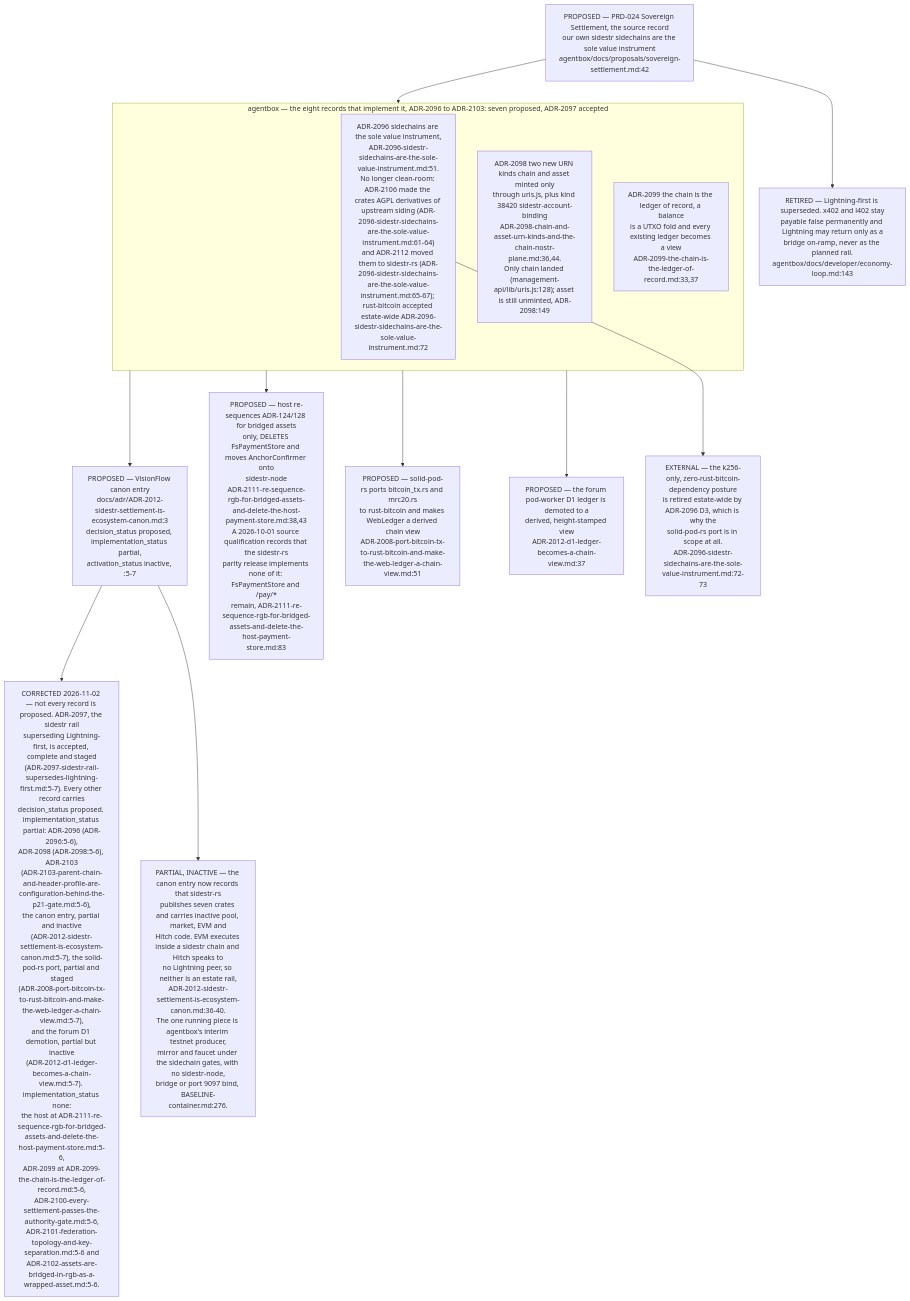
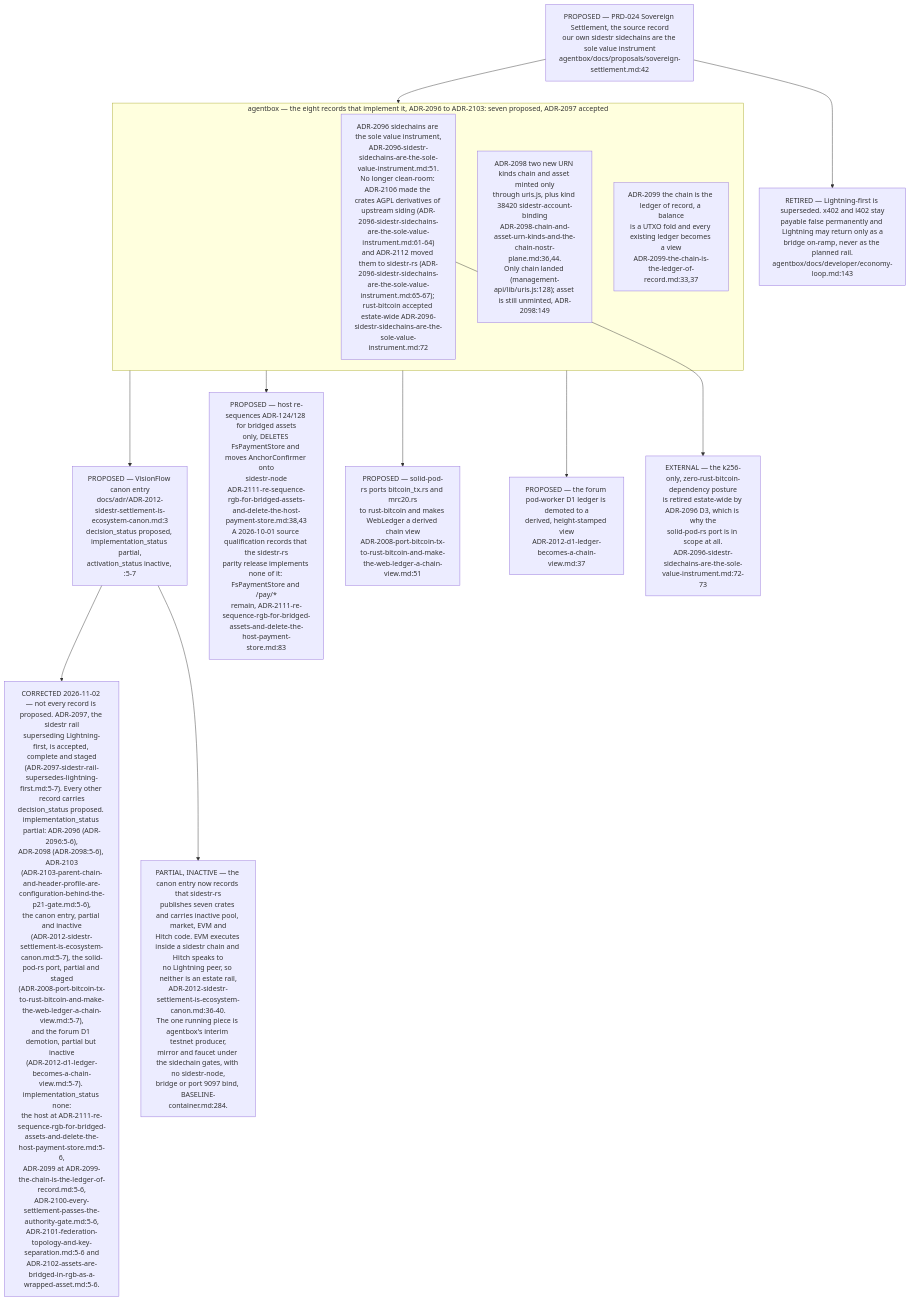
Diagram 11 of 12 in docs/diagrams/estate/03-cross-repo-federation-contract.md (DreamLab-AI/VisionFlow), drawn with Mermaid before and after one commit. The commit also changed other lines of this file and 6 other files, not shown here.

````diff
--- a/docs/diagrams/estate/03-cross-repo-federation-contract.md
+++ b/docs/diagrams/estate/03-cross-repo-federation-contract.md
@@ -478,32 +478,32 @@
 ```mermaid
 flowchart TB
     PRD["PROPOSED — PRD-024 Sovereign Settlement, the source record<br/>our own sidestr sidechains are the sole value instrument<br/>agentbox/docs/proposals/sovereign-settlement.md:42"]
 
     subgraph AB["agentbox — the eight records that implement it, ADR-2096 to ADR-2103: seven proposed, ADR-2097 accepted"]
         A96["ADR-2096 sidechains are the sole value instrument,<br/>ADR-2096-sidestr-sidechains-are-the-sole-value-instrument.md:51.<br/>No longer clean-room: ADR-2106 made the crates AGPL derivatives of upstream siding (ADR-2096-sidestr-sidechains-are-the-sole-value-instrument.md:61-64)<br/>and ADR-2112 moved them to sidestr-rs (ADR-2096-sidestr-sidechains-are-the-sole-value-instrument.md:65-67); rust-bitcoin accepted estate-wide ADR-2096-sidestr-sidechains-are-the-sole-value-instrument.md:72"]
         A98["ADR-2098 two new URN kinds chain and asset minted only<br/>through uris.js, plus kind 38420 sidestr-account-binding<br/>ADR-2098-chain-and-asset-urn-kinds-and-the-chain-nostr-plane.md:36,44.<br/>Only chain landed (management-api/lib/uris.js:128); asset is still unminted, ADR-2098:149"]
         A99["ADR-2099 the chain is the ledger of record, a balance<br/>is a UTXO fold and every existing ledger becomes a view<br/>ADR-2099-the-chain-is-the-ledger-of-record.md:33,37"]
     end
     PRD --> AB
 
     CANON["PROPOSED — VisionFlow canon entry<br/>docs/adr/ADR-2012-sidestr-settlement-is-ecosystem-canon.md:3<br/>decision_status proposed, implementation_status partial,<br/>activation_status inactive, :5-7"]
     HOST["PROPOSED — host re-sequences ADR-124/128 for bridged assets<br/>only, DELETES FsPaymentStore and moves AnchorConfirmer onto<br/>sidestr-node<br/>ADR-2111-re-sequence-rgb-for-bridged-assets-and-delete-the-host-payment-store.md:38,43<br/>A 2026-10-01 source qualification records that the sidestr-rs<br/>parity release implements none of it: FsPaymentStore and /pay/*<br/>remain, ADR-2111-re-sequence-rgb-for-bridged-assets-and-delete-the-host-payment-store.md:83"]
     SPR["PROPOSED — solid-pod-rs ports bitcoin_tx.rs and mrc20.rs<br/>to rust-bitcoin and makes WebLedger a derived chain view<br/>ADR-2008-port-bitcoin-tx-to-rust-bitcoin-and-make-the-web-ledger-a-chain-view.md:51"]
     FRM["PROPOSED — the forum pod-worker D1 ledger is demoted to a<br/>derived, height-stamped view<br/>ADR-2012-d1-ledger-becomes-a-chain-view.md:37"]
 
     AB --> CANON
     AB --> HOST
     AB --> SPR
     AB --> FRM
 
     INV["CORRECTED 2026-11-02 — not every record is proposed. ADR-2097, the sidestr rail<br/>superseding Lightning-first, is accepted, complete and staged<br/>(ADR-2097-sidestr-rail-supersedes-lightning-first.md:5-7). Every other record carries<br/>decision_status proposed. implementation_status partial: ADR-2096 (ADR-2096:5-6),<br/>ADR-2098 (ADR-2098:5-6), ADR-2103<br/>(ADR-2103-parent-chain-and-header-profile-are-configuration-behind-the-p21-gate.md:5-6),<br/>the canon entry, partial and inactive<br/>(ADR-2012-sidestr-settlement-is-ecosystem-canon.md:5-7), the solid-pod-rs port, partial and staged<br/>(ADR-2008-port-bitcoin-tx-to-rust-bitcoin-and-make-the-web-ledger-a-chain-view.md:5-7),<br/>and the forum D1 demotion, partial but inactive<br/>(ADR-2012-d1-ledger-becomes-a-chain-view.md:5-7). implementation_status none:<br/>the host at ADR-2111-re-sequence-rgb-for-bridged-assets-and-delete-the-host-payment-store.md:5-6,<br/>ADR-2099 at ADR-2099-the-chain-is-the-ledger-of-record.md:5-6,<br/>ADR-2100-every-settlement-passes-the-authority-gate.md:5-6,<br/>ADR-2101-federation-topology-and-key-separation.md:5-6 and<br/>ADR-2102-assets-are-bridged-in-rgb-as-a-wrapped-asset.md:5-6."]
     CANON --> INV
-    SRCST["PARTIAL, INACTIVE — the canon entry now records that sidestr-rs<br/>publishes seven crates and carries inactive pool, market, EVM and<br/>Hitch code. EVM executes inside a sidestr chain and Hitch speaks to<br/>no Lightning peer, so neither is an estate rail,<br/>ADR-2012-sidestr-settlement-is-ecosystem-canon.md:36-40.<br/>The one running piece is agentbox's interim testnet producer,<br/>mirror and faucet under the sidechain gates, with no sidestr-node,<br/>bridge or port 9097 bind, BASELINE-container.md:276."]
+    SRCST["PARTIAL, INACTIVE — the canon entry now records that sidestr-rs<br/>publishes seven crates and carries inactive pool, market, EVM and<br/>Hitch code. EVM executes inside a sidestr chain and Hitch speaks to<br/>no Lightning peer, so neither is an estate rail,<br/>ADR-2012-sidestr-settlement-is-ecosystem-canon.md:36-40.<br/>The one running piece is agentbox's interim testnet producer,<br/>mirror and faucet under the sidechain gates, with no sidestr-node,<br/>bridge or port 9097 bind, BASELINE-container.md:284."]
     CANON --> SRCST
 
     RET["RETIRED — Lightning-first is superseded. x402 and l402 stay<br/>payable false permanently and Lightning may return only as a<br/>bridge on-ramp, never as the planned rail.<br/>agentbox/docs/developer/economy-loop.md:143"]
     PRD --> RET
 
     KILL["EXTERNAL — the k256-only, zero-rust-bitcoin-dependency posture<br/>is retired estate-wide by ADR-2096 D3, which is why the<br/>solid-pod-rs port is in scope at all.<br/>ADR-2096-sidestr-sidechains-are-the-sole-value-instrument.md:72-73"]
     A96 --> KILL
 ```
````
